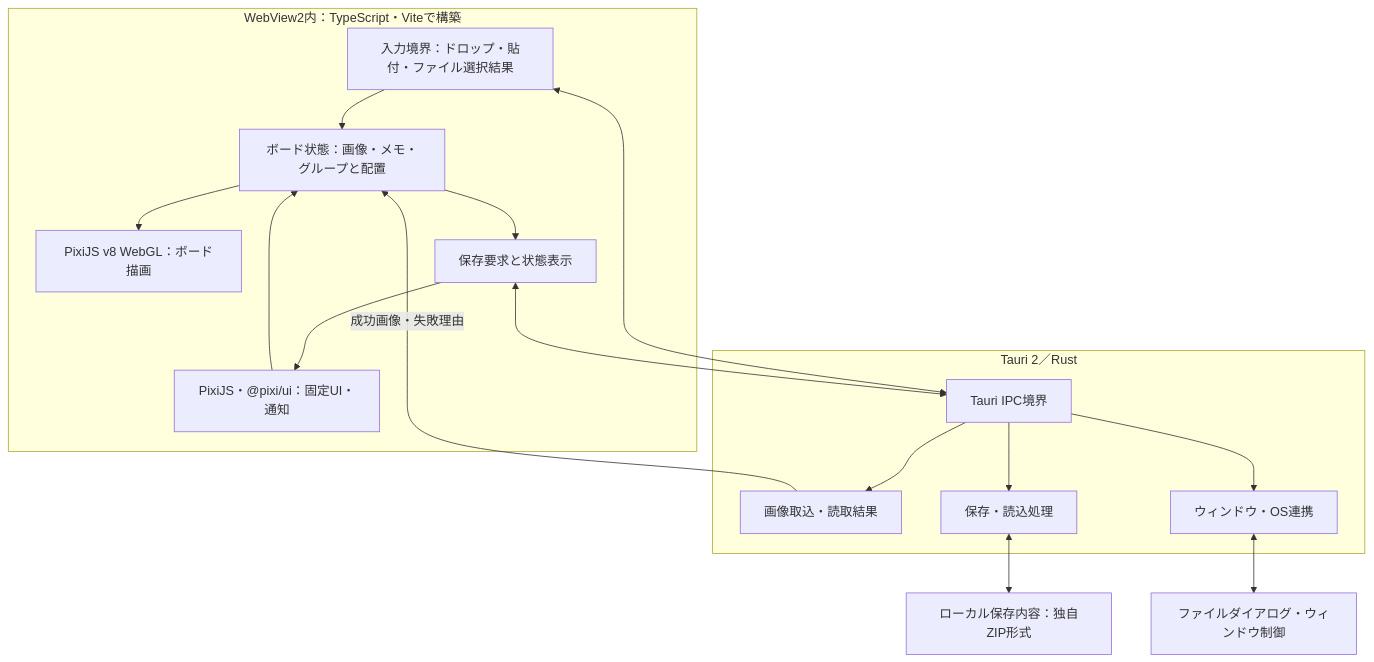
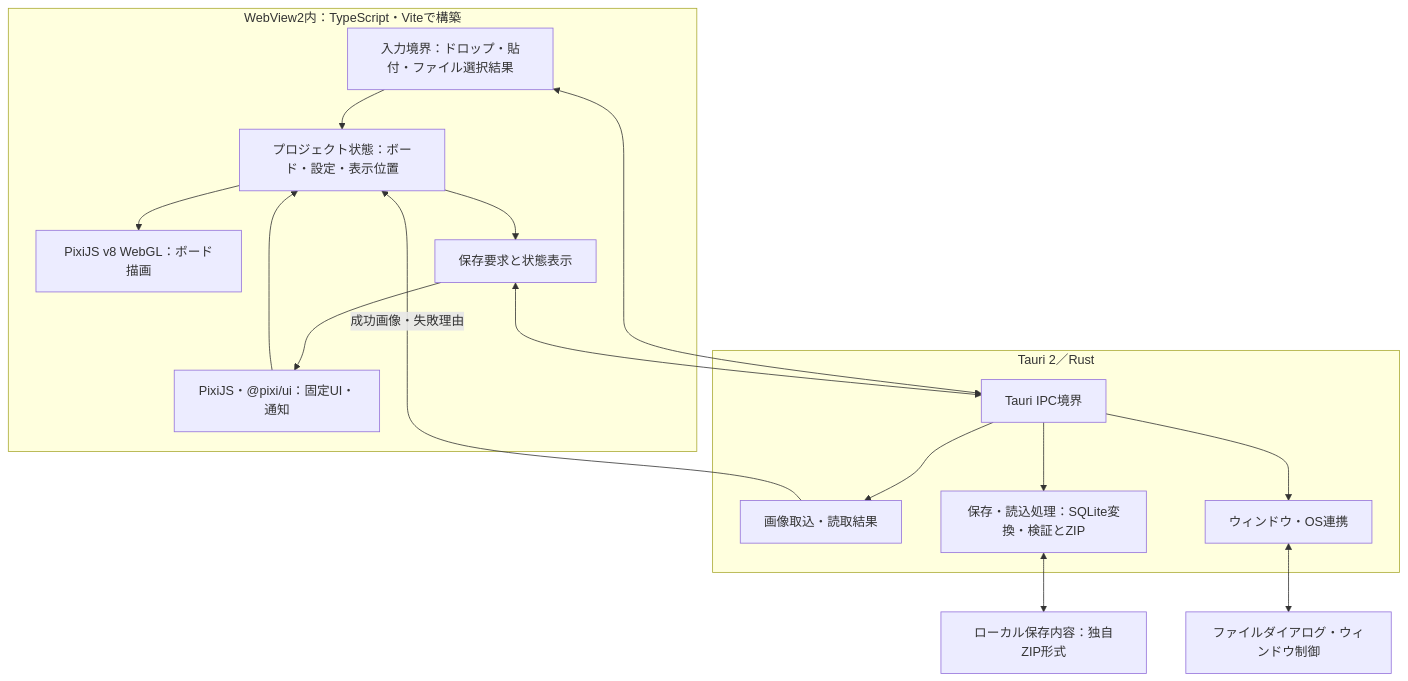
The second of 3 diagrams in docs/product-design/architecture.md (myzkkzy/reference-app), drawn with Mermaid before and after one commit. The commit also changed other lines of this file and 76 other files, not shown here.

````diff
--- a/docs/product-design/architecture.md
+++ b/docs/product-design/architecture.md
@@ -53,29 +58,29 @@
 ```mermaid
 flowchart TB
     subgraph front["WebView2内：TypeScript・Viteで構築"]
         input["入力境界：ドロップ・貼付・ファイル選択結果"]
-        board["ボード状態：画像・メモ・グループと配置"]
+        board["プロジェクト状態：ボード・設定・表示位置"]
         canvas["PixiJS v8 WebGL：ボード描画"]
         ui["PixiJS・@pixi/ui：固定UI・通知"]
         save["保存要求と状態表示"]
         input --> board
         board --> canvas
         board --> save
         ui --> board
         save --> ui
     end
     subgraph native["Tauri 2／Rust"]
         bridge["Tauri IPC境界"]
         importer["画像取込・読取結果"]
-        storage["保存・読込処理"]
+        storage["保存・読込処理：SQLite変換・検証とZIP"]
         window["ウィンドウ・OS連携"]
         bridge --> importer
         bridge --> storage
         bridge --> window
     end
     input <--> bridge
     save <--> bridge
     importer -->|"成功画像・失敗理由"| board
     storage <--> disk["ローカル保存内容：独自ZIP形式"]
     window <--> os["ファイルダイアログ・ウィンドウ制御"]
 ```
````
